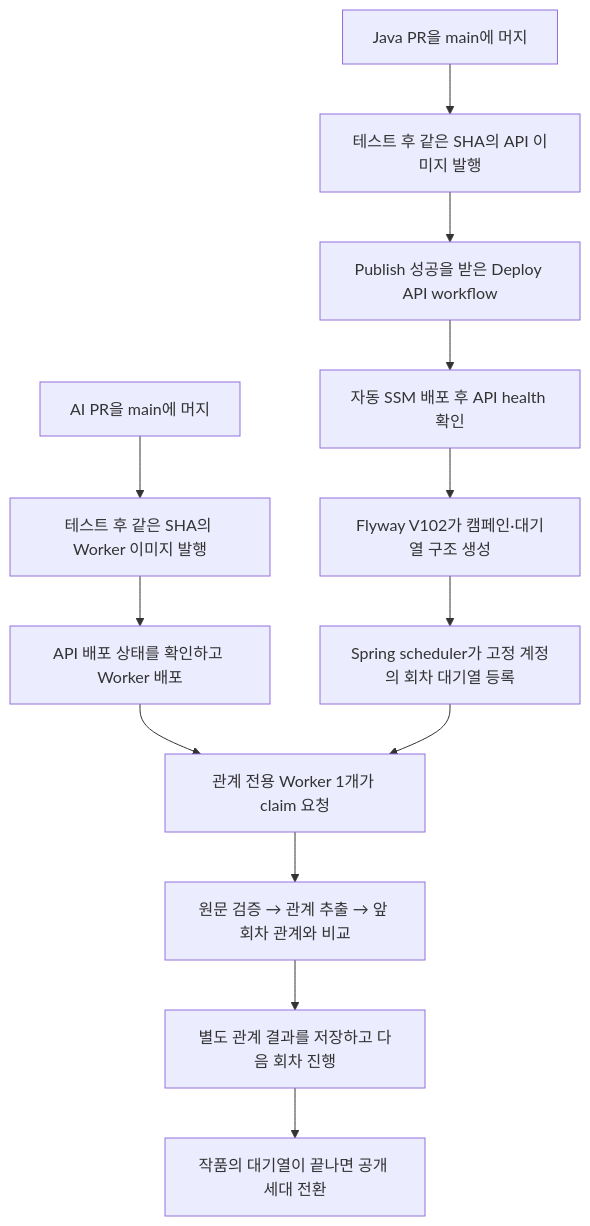
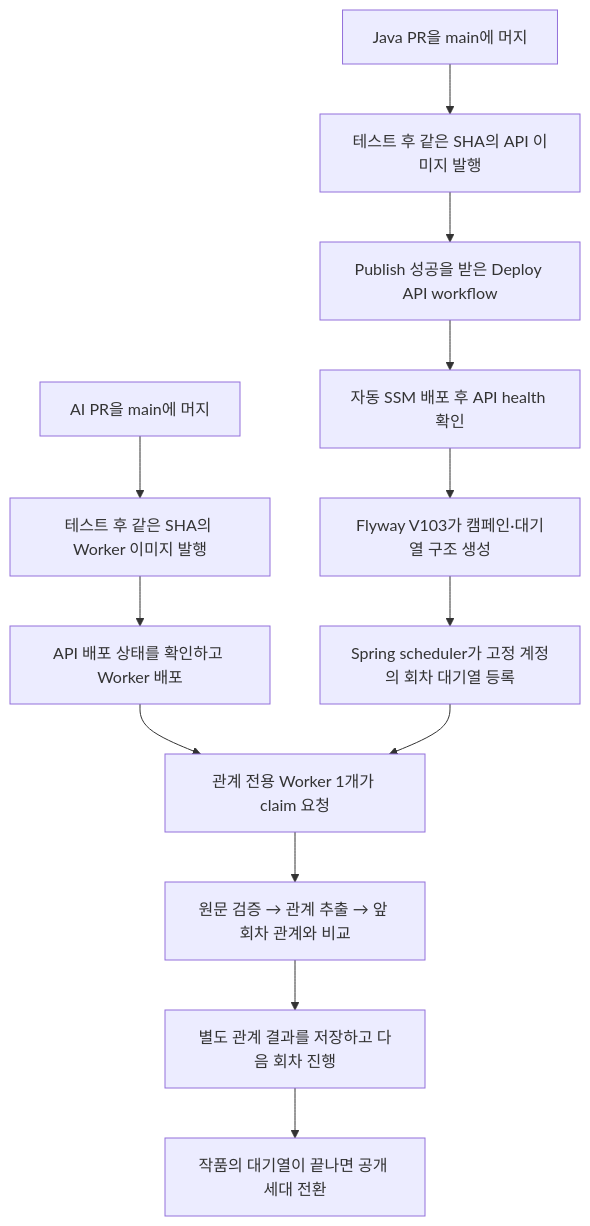
One commit to catchhole-soma/catchhole-backend-ai changed the diagram in docs/relationship-cohort-backfill.md. Above: the diagram before and after it, drawn with Mermaid. The commit also changed other lines of this file, not shown here.

````diff
--- a/docs/relationship-cohort-backfill.md
+++ b/docs/relationship-cohort-backfill.md
@@ -39,15 +39,15 @@
 ```mermaid
 flowchart TD
   A[Java PR을 main에 머지] --> B[테스트 후 같은 SHA의 API 이미지 발행]
   B --> C[Publish 성공을 받은 Deploy API workflow]
   C --> D[자동 SSM 배포 후 API health 확인]
-  D --> E[Flyway V102가 캠페인·대기열 구조 생성]
+  D --> E[Flyway V103가 캠페인·대기열 구조 생성]
   E --> F[Spring scheduler가 고정 계정의 회차 대기열 등록]
   G[AI PR을 main에 머지] --> H[테스트 후 같은 SHA의 Worker 이미지 발행]
   H --> I[API 배포 상태를 확인하고 Worker 배포]
   I --> J[관계 전용 Worker 1개가 claim 요청]
   F --> J
   J --> K[원문 검증 → 관계 추출 → 앞 회차 관계와 비교]
   K --> L[별도 관계 결과를 저장하고 다음 회차 진행]
   L --> M[작품의 대기열이 끝나면 공개 세대 전환]
 ```
````
